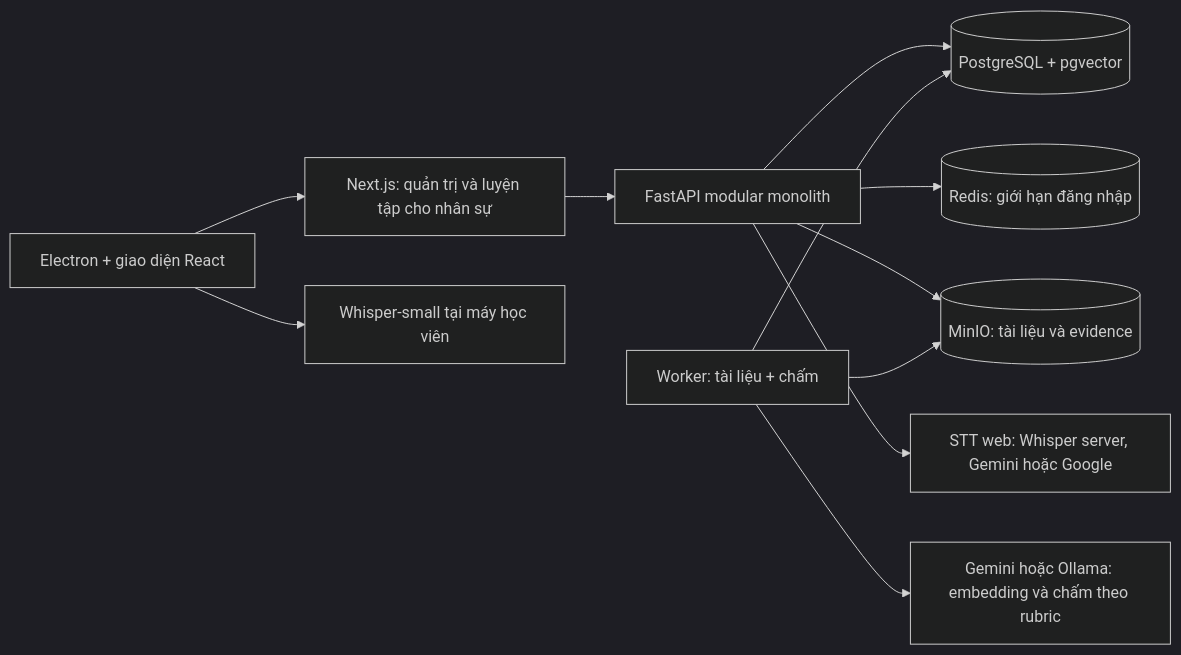
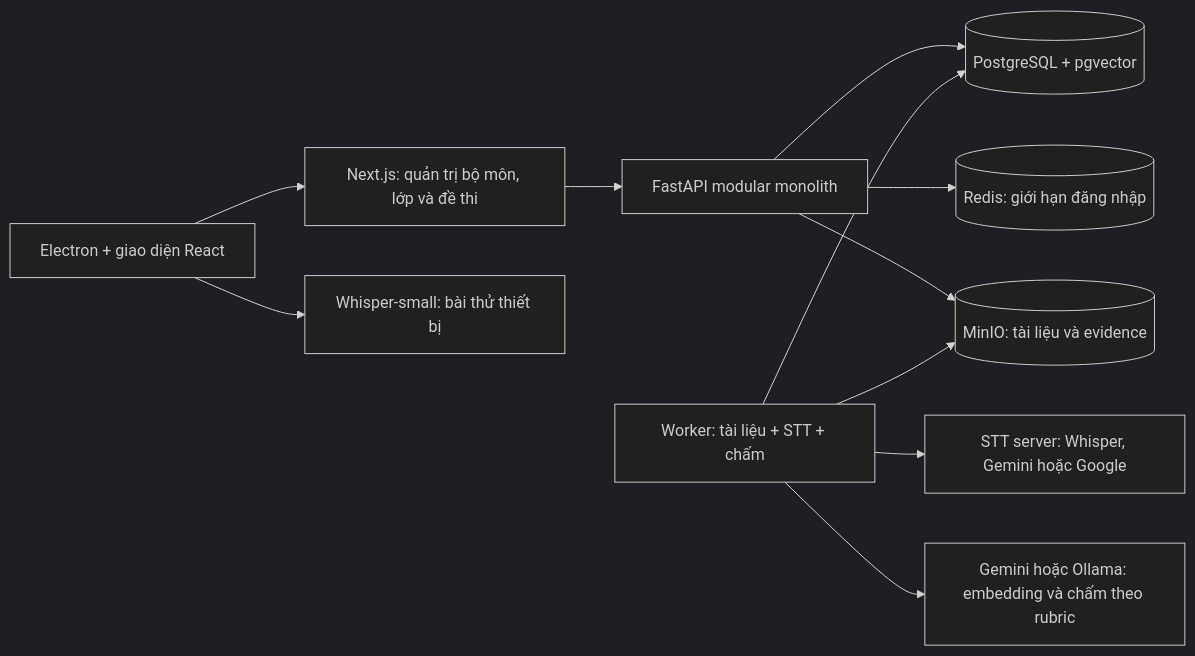
The diagram in docs/architecture/phase-1.md (NCKH-LongT/AI-Oral-Assessment-Platform), drawn with Mermaid (dark theme) before and after one commit. The commit also changed other lines of this file and 54 other files, not shown here.

````diff
--- a/docs/architecture/phase-1.md
+++ b/docs/architecture/phase-1.md
@@ -18,13 +18,13 @@
 ```mermaid
 flowchart LR
-  Web[Next.js: quản trị và luyện tập cho nhân sự] --> API[FastAPI modular monolith]
+  Web[Next.js: quản trị bộ môn, lớp và đề thi] --> API[FastAPI modular monolith]
   Electron[Electron + giao diện React] --> Web
-  Electron --> LocalSTT[Whisper-small tại máy học viên]
+  Electron --> LocalSTT[Whisper-small: bài thử thiết bị]
   API --> PG[(PostgreSQL + pgvector)]
   API --> Redis[(Redis: giới hạn đăng nhập)]
   API --> S3[(MinIO: tài liệu và evidence)]
-  API --> STT[STT web: Whisper server, Gemini hoặc Google]
-  Worker[Worker: tài liệu + chấm] --> PG
+  Worker --> STT[STT server: Whisper, Gemini hoặc Google]
+  Worker[Worker: tài liệu + STT + chấm] --> PG
   Worker --> S3
   Worker --> AI[Gemini hoặc Ollama: embedding và chấm theo rubric]
 ```
````
